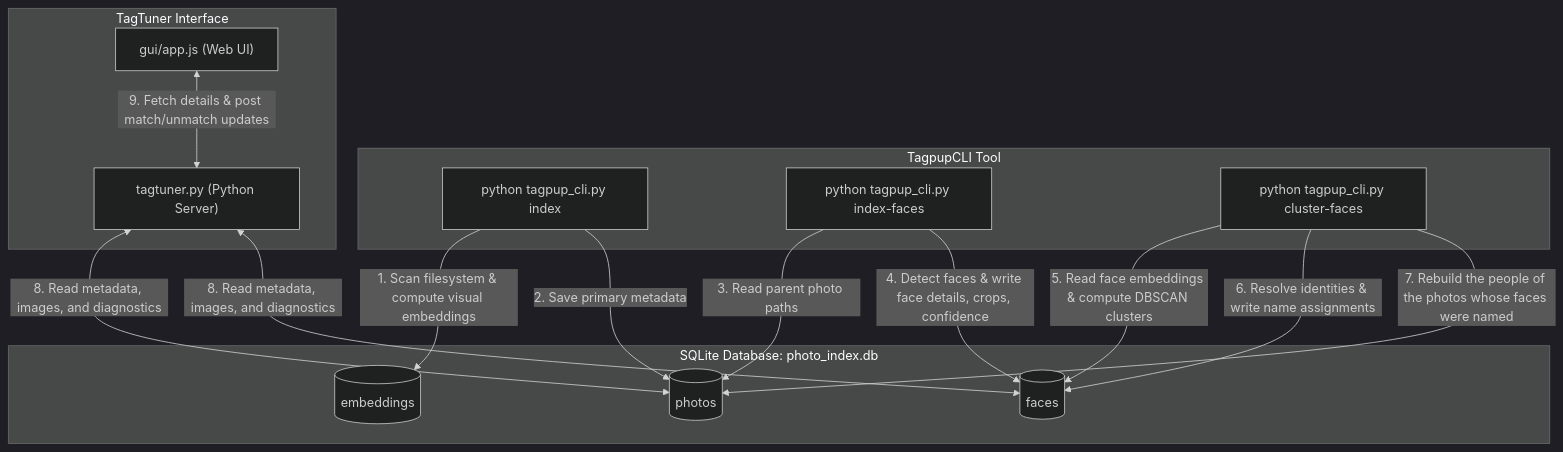
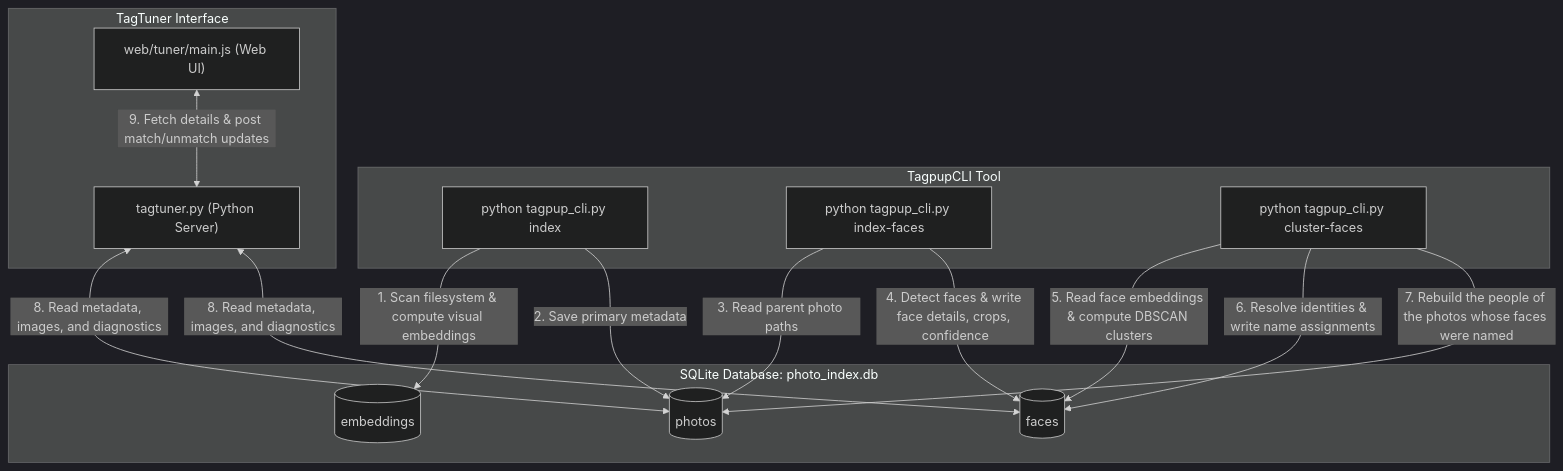
One commit to Wizoi/TagPup changed the second of 2 diagrams in docs/DATABASE.md. Above: the diagram before and after it, drawn with Mermaid (dark theme). The commit also changed 40 other files, not shown here.

````diff
--- a/docs/DATABASE.md
+++ b/docs/DATABASE.md
@@ -286,36 +286,36 @@
 ```mermaid
 flowchart TD
     subgraph CLI Commands [TagpupCLI Tool]
         A["python tagpup_cli.py index"]
         B["python tagpup_cli.py index-faces"]
         C["python tagpup_cli.py cluster-faces"]
     end
 
     subgraph Web App [TagTuner Interface]
         D["tagtuner.py (Python Server)"]
-        E["gui/app.js (Web UI)"]
+        E["web/tuner/main.js (Web UI)"]
     end
 
     subgraph DB [SQLite Database: photo_index.db]
         T1[(photos)]
         T2[(faces)]
         T3[(embeddings)]
     end
 
     %% CLI Indexing Interactions
     A -->|1. Scan filesystem & compute visual embeddings| T3
     A -->|2. Save primary metadata| T1
     
     %% CLI Face Extraction Interactions
     B -->|3. Read parent photo paths| T1
     B -->|4. Detect faces & write face details, crops, confidence| T2
     
     %% CLI Identity Clustering Interactions
     C -->|5. Read face embeddings & compute DBSCAN clusters| T2
     C -->|6. Resolve identities & write name assignments| T2
     C -->|7. Rebuild the people of the photos whose faces were named| T1
 
     %% Server & Web UI Interactions
     D <-->|8. Read metadata, images, and diagnostics| T1 & T2
     E <-->|9. Fetch details & post match/unmatch updates| D
 ```
````
